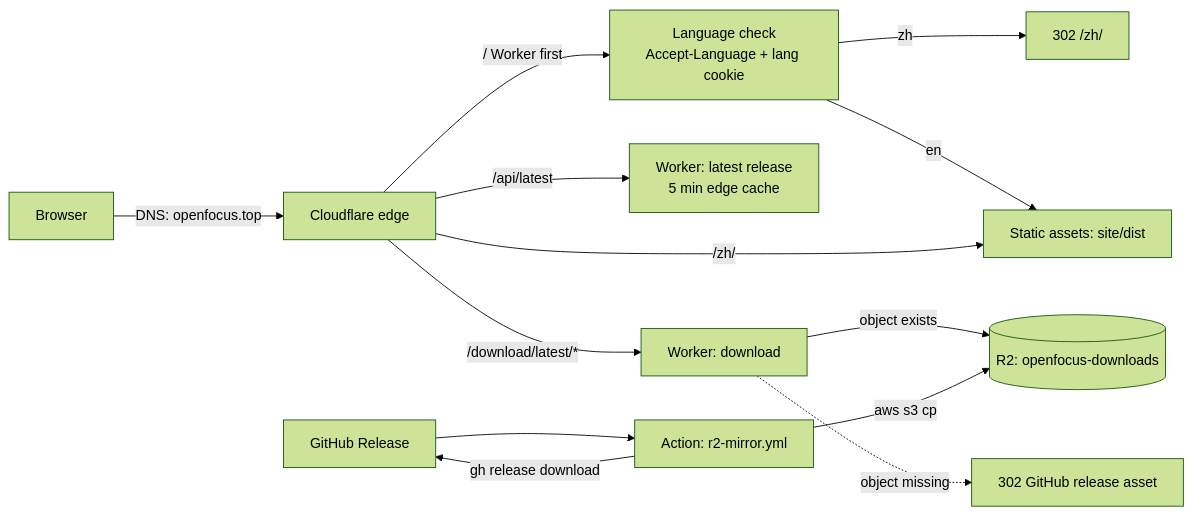
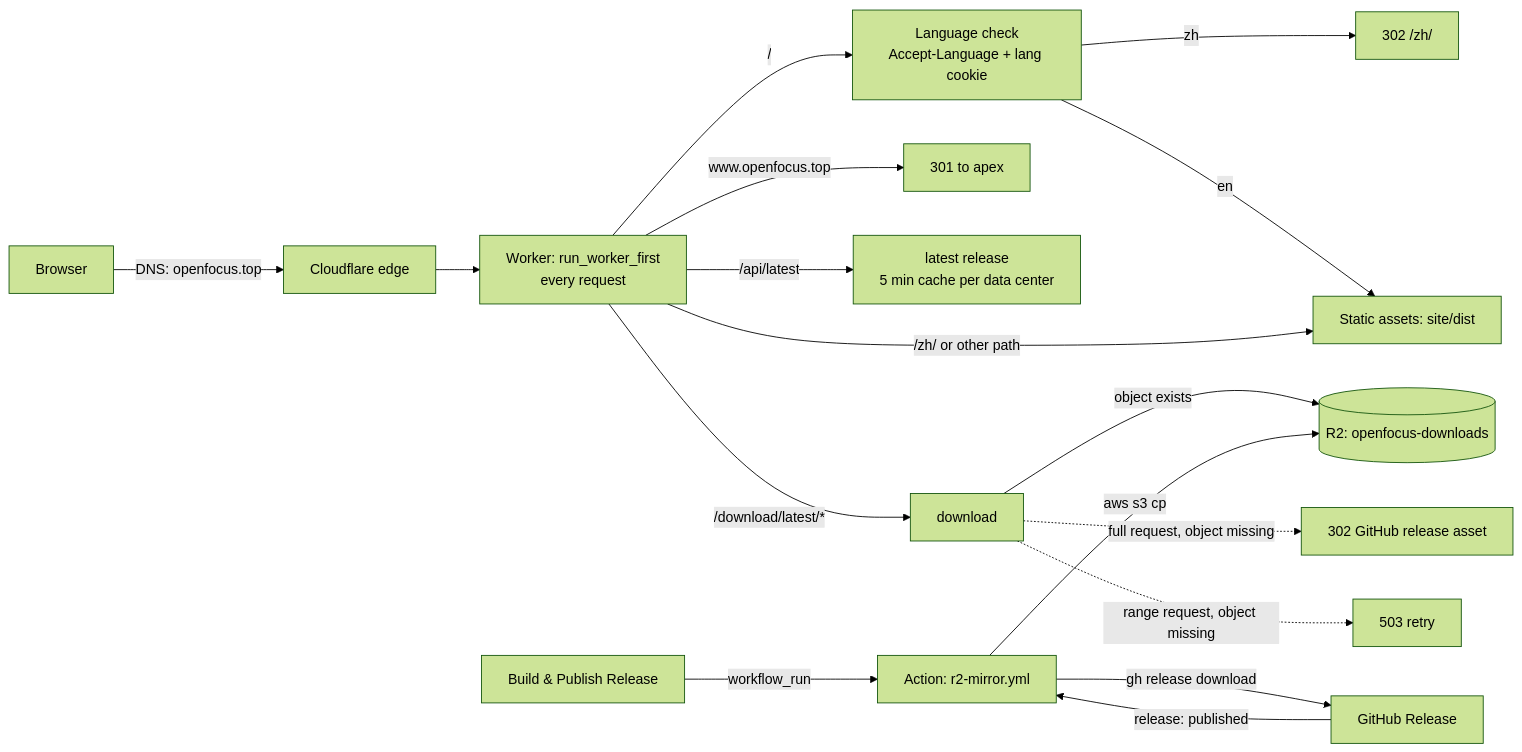
The diagram in docs/WEBSITE_OPERATIONS.md (Xinzhe99/OpenFocus), drawn with Mermaid (forest theme) before and after one commit. The commit also changed other lines of this file and 12 other files, not shown here.

````diff
--- a/docs/WEBSITE_OPERATIONS.md
+++ b/docs/WEBSITE_OPERATIONS.md
@@ -52,15 +52,19 @@
 ```mermaid
 flowchart LR
   U[Browser] -->|DNS: openfocus.top| CF[Cloudflare edge]
-  CF -->|"/" Worker first| L[Language check<br/>Accept-Language + lang cookie]
+  CF --> W[Worker: run_worker_first<br/>every request]
+  W -->|"/"| L[Language check<br/>Accept-Language + lang cookie]
   L -->|zh| Z[302 /zh/]
   L -->|en| A[Static assets: site/dist]
-  CF -->|"/zh/"| A
-  CF -->|"/api/latest"| API[Worker: latest release<br/>5 min edge cache]
-  CF -->|"/download/latest/*"| D[Worker: download]
+  W -->|"/zh/" or other path| A
+  W -->|"www.openfocus.top"| WWW[301 to apex]
+  W -->|"/api/latest"| API[latest release<br/>5 min cache per data center]
+  W -->|"/download/latest/*"| D[download]
   D -->|object exists| R[(R2: openfocus-downloads)]
-  D -.->|object missing| GH[302 GitHub release asset]
-  REL[GitHub Release] --> ACT[Action: r2-mirror.yml]
+  D -.->|"full request, object missing"| GH[302 GitHub release asset]
+  D -.->|"range request, object missing"| E[503 retry]
+  RW["Build & Publish Release"] -->|workflow_run| ACT[Action: r2-mirror.yml]
+  REL[GitHub Release] -->|release: published| ACT
   ACT -->|gh release download| REL
   ACT -->|aws s3 cp| R
 ```
````
